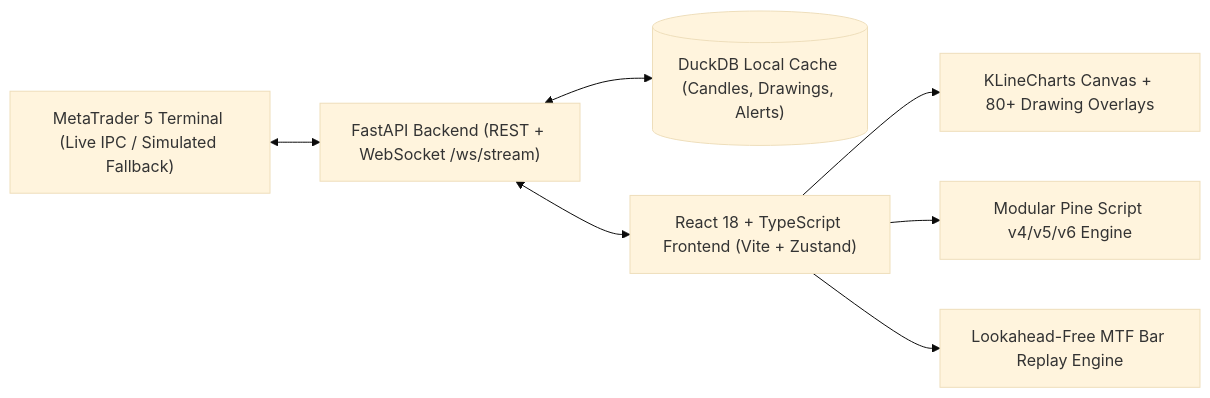
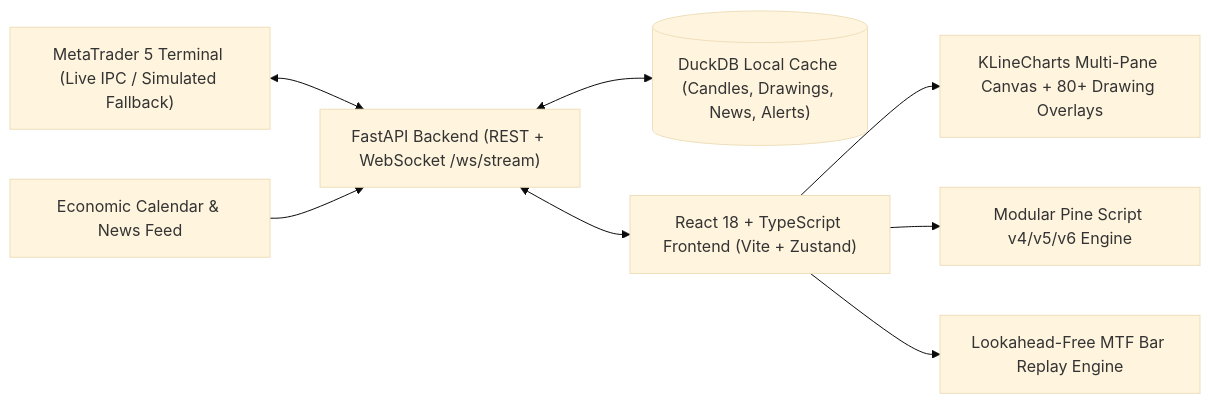
One commit to daffatahtaa/Pro-Charts changed the diagram in README.md. Above: the diagram before and after it, drawn with Mermaid (base theme). The commit also changed other lines of this file and 6 other files, not shown here.

````diff
--- a/README.md
+++ b/README.md
@@ -123,9 +130,10 @@
 ```mermaid
 flowchart LR
     MT5["MetaTrader 5 Terminal (Live IPC / Simulated Fallback)"] <--> API["FastAPI Backend (REST + WebSocket /ws/stream)"]
-    API <--> DB[("DuckDB Local Cache (Candles, Drawings, Alerts)")]
+    NEWS["Economic Calendar & News Feed"] --> API
+    API <--> DB[("DuckDB Local Cache (Candles, Drawings, News, Alerts)")]
     API <--> UI["React 18 + TypeScript Frontend (Vite + Zustand)"]
-    UI --> Chart["KLineCharts Canvas + 80+ Drawing Overlays"]
+    UI --> Chart["KLineCharts Multi-Pane Canvas + 80+ Drawing Overlays"]
     UI --> Pine["Modular Pine Script v4/v5/v6 Engine"]
     UI --> Replay["Lookahead-Free MTF Bar Replay Engine"]
 ```
````
